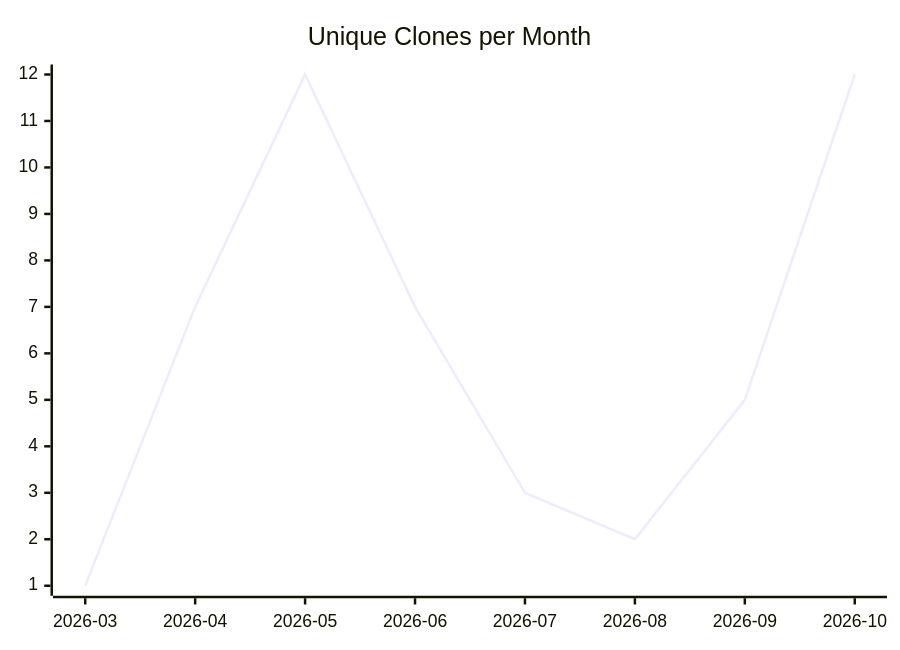
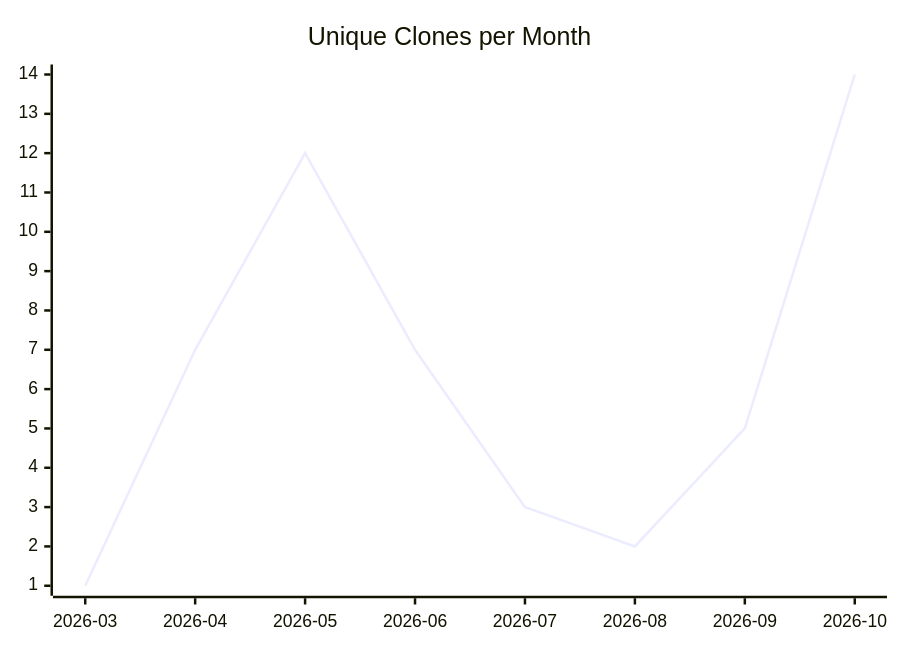
Before and after one commit to justdavis-family/github-analytics-data: the third of 3 diagrams in karlmdavis/sample-maven-and-rcp/README.md, drawn with Mermaid. The commit also changed other lines of this file and 199 other files, not shown here.

````diff
--- a/karlmdavis/sample-maven-and-rcp/README.md
+++ b/karlmdavis/sample-maven-and-rcp/README.md
@@ -19,6 +19,6 @@
 ```mermaid
 xychart-beta
   title "Unique Clones per Month"
   x-axis ["2026-03", "2026-04", "2026-05", "2026-06", "2026-07", "2026-08", "2026-09", "2026-10"]
-  line [1, 7, 12, 7, 3, 2, 5, 12]
+  line [1, 7, 12, 7, 3, 2, 5, 14]
 ```
````
